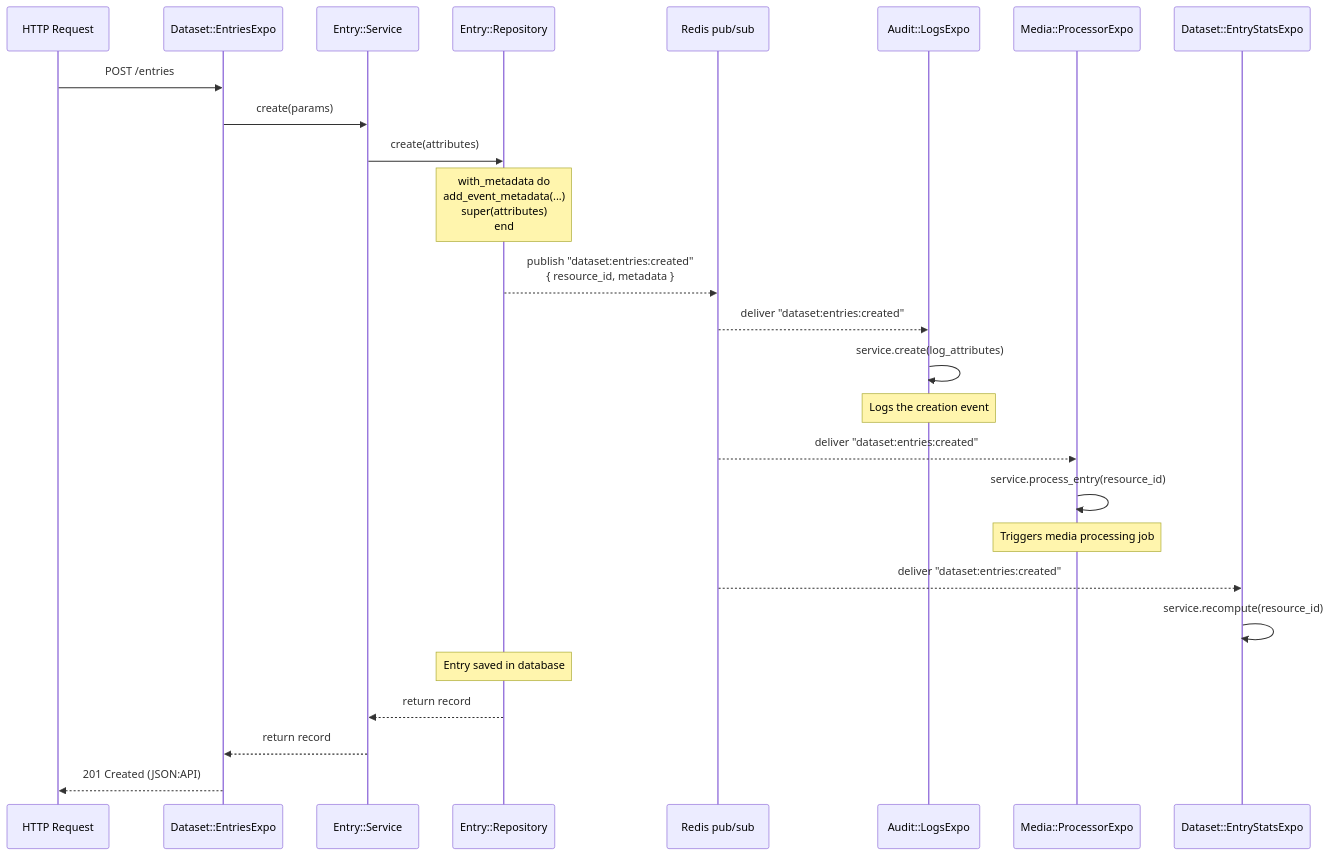
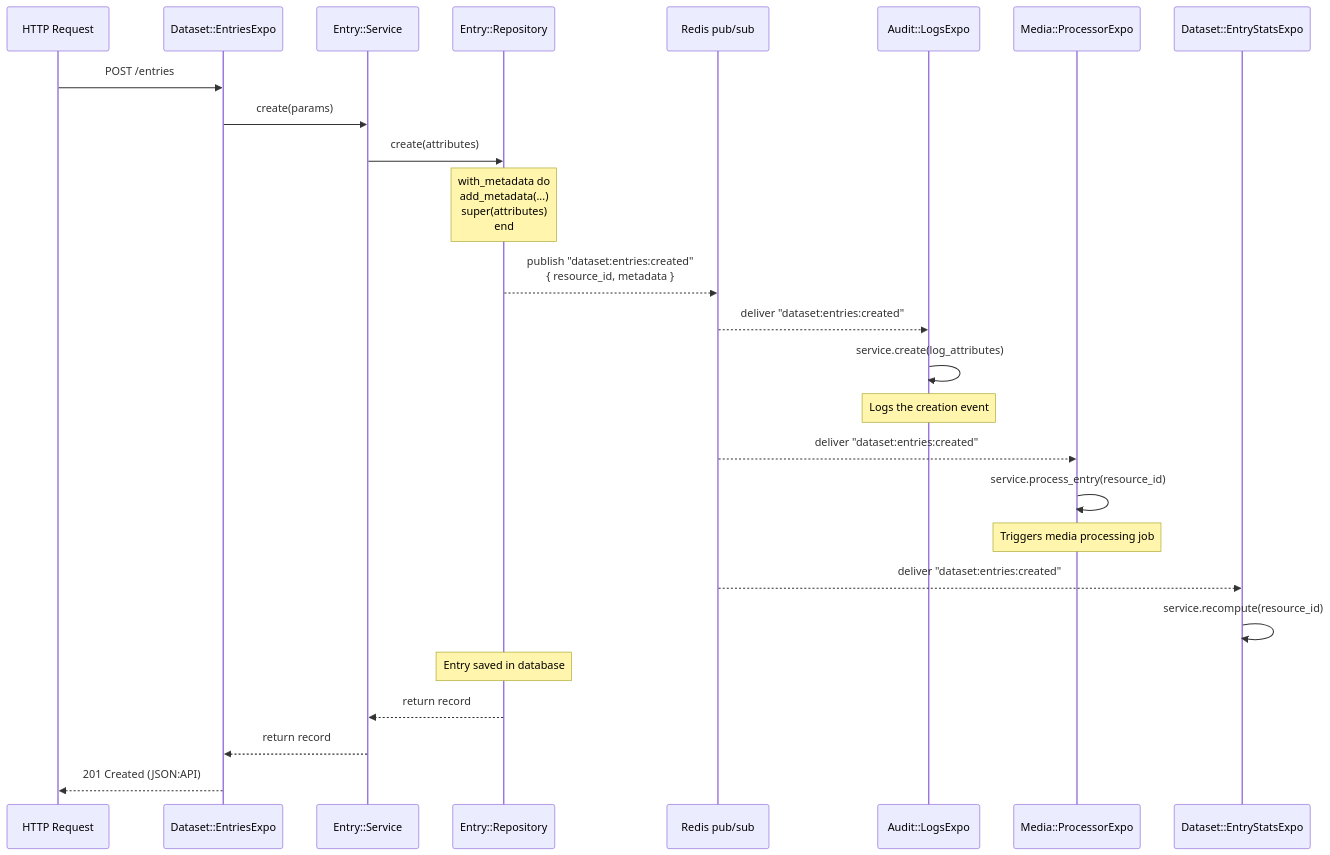
Before and after one commit to idah-ai/idah: the diagram in guide/event-system.md, drawn with Mermaid. The commit also changed other lines of this file and 11 other files, not shown here.

````diff
--- a/guide/event-system.md
+++ b/guide/event-system.md
@@ -542,35 +542,35 @@
 ```mermaid
 sequenceDiagram
     participant HTTP as HTTP Request
     participant Exp as Dataset::EntriesExpo
     participant Svc as Entry::Service
     participant Repo as Entry::Repository
     participant Redis as Redis pub/sub
     participant Audit as Audit::LogsExpo
     participant Media as Media::ProcessorExpo
     participant Stats as Dataset::EntryStatsExpo
 
     HTTP->>Exp: POST /entries
     Exp->>Svc: create(params)
     Svc->>Repo: create(attributes)
 
-    Note over Repo: with_metadata do<br/>  add_event_metadata(...)<br/>  super(attributes)<br/>end
+    Note over Repo: with_metadata do<br/>  add_metadata(...)<br/>  super(attributes)<br/>end
 
     Repo-->>Redis: publish "dataset:entries:created"<br/>{ resource_id, metadata }
 
     Redis-->>Audit: deliver "dataset:entries:created"
     Audit->>Audit: service.create(log_attributes)
     Note over Audit: Logs the creation event
 
     Redis-->>Media: deliver "dataset:entries:created"
     Media->>Media: service.process_entry(resource_id)
     Note over Media: Triggers media processing job
 
     Redis-->>Stats: deliver "dataset:entries:created"
     Stats->>Stats: service.recompute(resource_id)
 
     Note over Repo: Entry saved in database
     Repo-->>Svc: return record
     Svc-->>Exp: return record
     Exp-->>HTTP: 201 Created (JSON:API)
 ```
````
